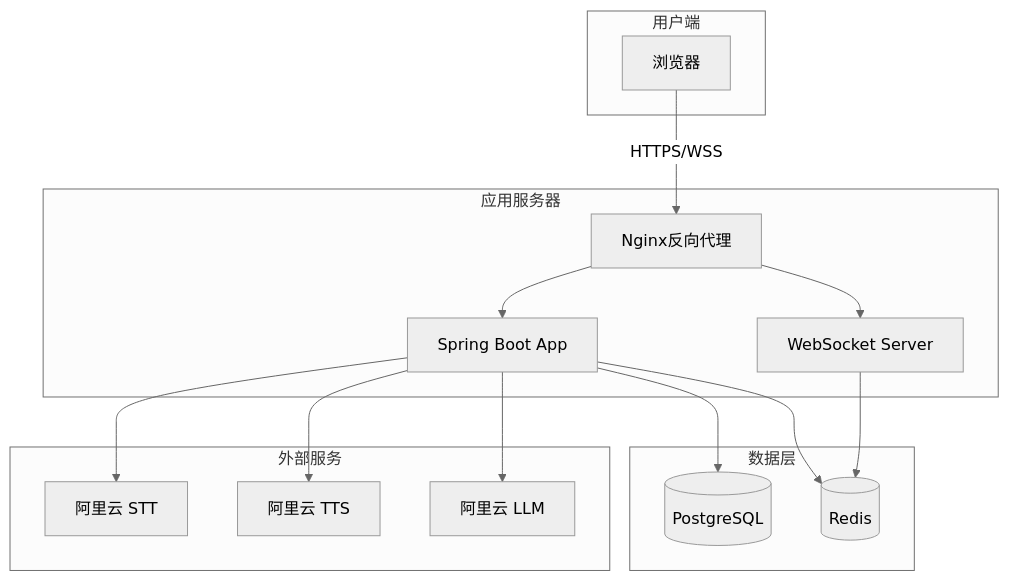
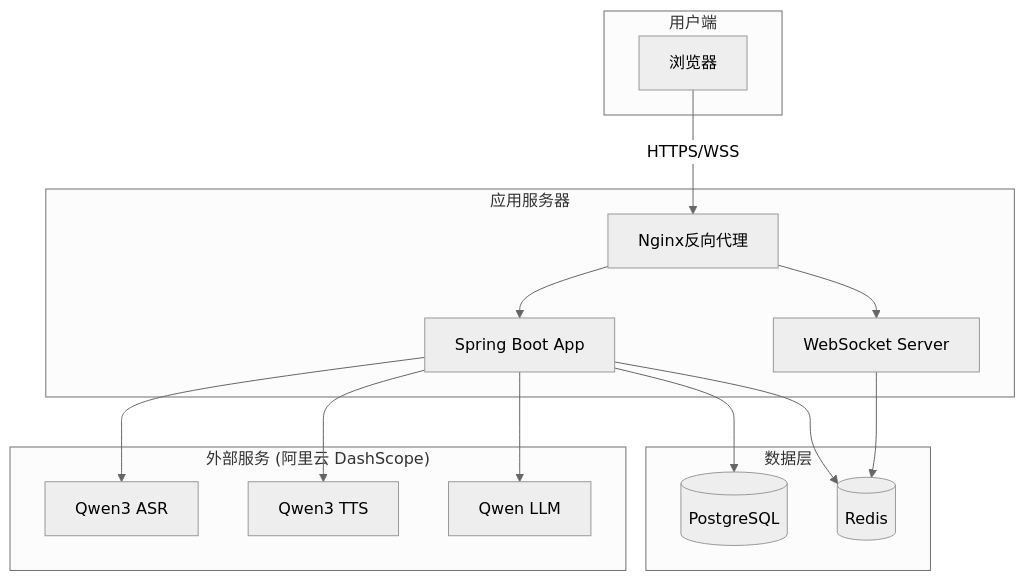
Before and after one commit to Celestialpppo/interview-guide: the sixth of 6 diagrams in docs/voice-interview-architecture.md, drawn with Mermaid (neutral theme). The commit also changed other lines of this file and 24 other files, not shown here.

````diff
--- a/docs/voice-interview-architecture.md
+++ b/docs/voice-interview-architecture.md
@@ -378,33 +397,33 @@
 ```mermaid
 graph TB
     subgraph "用户端"
         A[浏览器]
     end
 
     subgraph "应用服务器"
         B[Nginx反向代理]
         C[Spring Boot App]
         D[WebSocket Server]
     end
 
     subgraph "数据层"
         E[(PostgreSQL)]
         F[(Redis)]
     end
 
-    subgraph "外部服务"
-        G[阿里云 STT]
-        H[阿里云 TTS]
-        I[阿里云 LLM]
+    subgraph "外部服务 (阿里云 DashScope)"
+        G[Qwen3 ASR]
+        H[Qwen3 TTS]
+        I[Qwen LLM]
     end
 
     A -->|HTTPS/WSS| B
     B --> C
     B --> D
     C --> E
     C --> F
     D --> F
     C --> G
     C --> H
     C --> I
 ```
````
